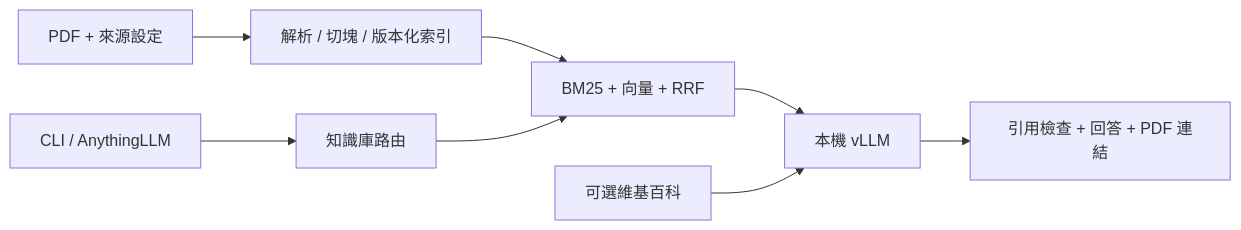
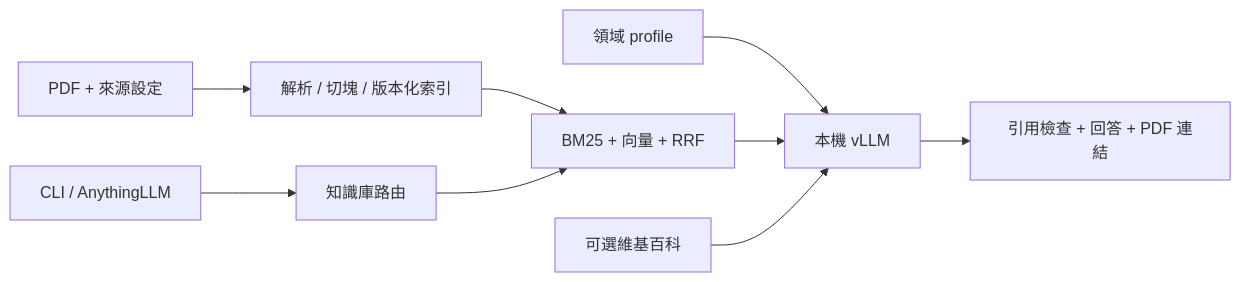
One commit to Cheryl33990/ipas-learning-hub changed the diagram in README.md. Above: the diagram before and after it, drawn with Mermaid. The commit also changed other lines of this file and 35 other files, not shown here.

````diff
--- a/README.md
+++ b/README.md
@@ -21,10 +71,11 @@
 ```mermaid
 flowchart LR
     PDF[PDF + 來源設定] --> Index[解析 / 切塊 / 版本化索引]
     Index --> Search[BM25 + 向量 + RRF]
     UI[CLI / AnythingLLM] --> Route[知識庫路由]
     Route --> Search
+    Profile[領域 profile] --> LLM
     Search --> LLM[本機 vLLM]
     Web[可選維基百科] --> LLM
     LLM --> Answer[引用檢查 + 回答 + PDF 連結]
 ```
````
